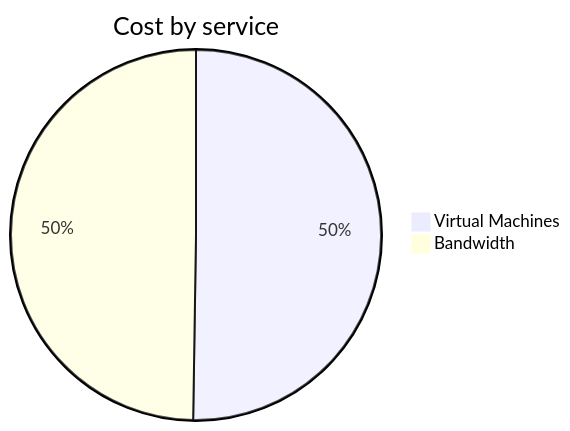
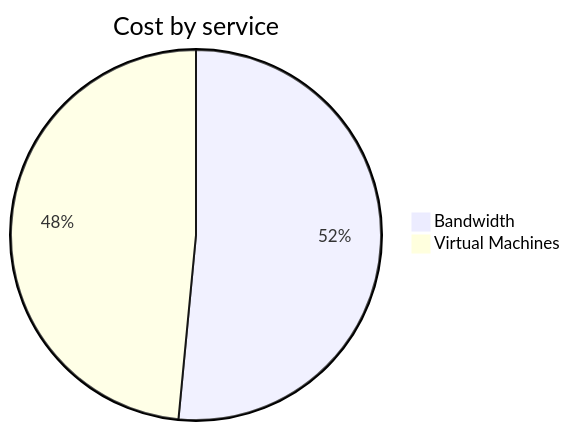
Before and after one commit to jpfulton/azure-personal-reports: the second of 4 diagrams in cost-reports/personal-network/vpn-server.md, drawn with Mermaid. The commit also changed other lines of this file and 7 other files, not shown here.

````diff
--- a/cost-reports/personal-network/vpn-server.md
+++ b/cost-reports/personal-network/vpn-server.md
@@ -96,6 +96,6 @@
 ```mermaid
 pie
    title Cost by service
-   "Virtual Machines" : 4.14
-   "Bandwidth" : 4.10
+   "Bandwidth" : 4.60
+   "Virtual Machines" : 4.33
 ```
````
